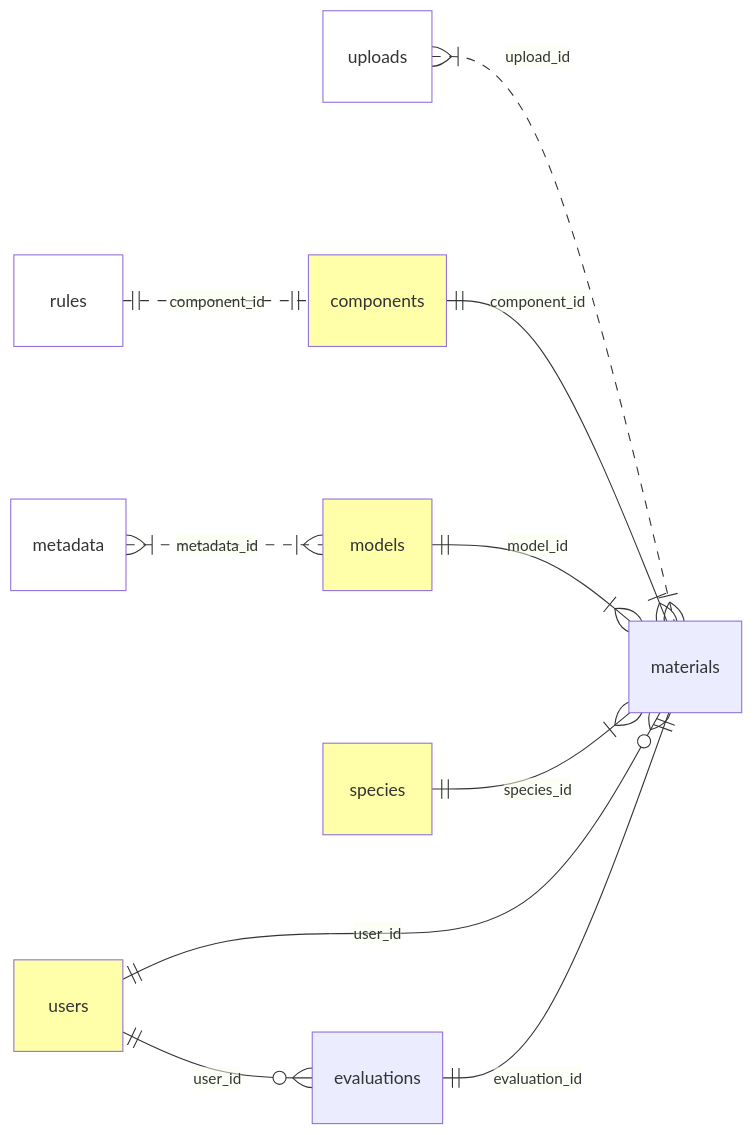
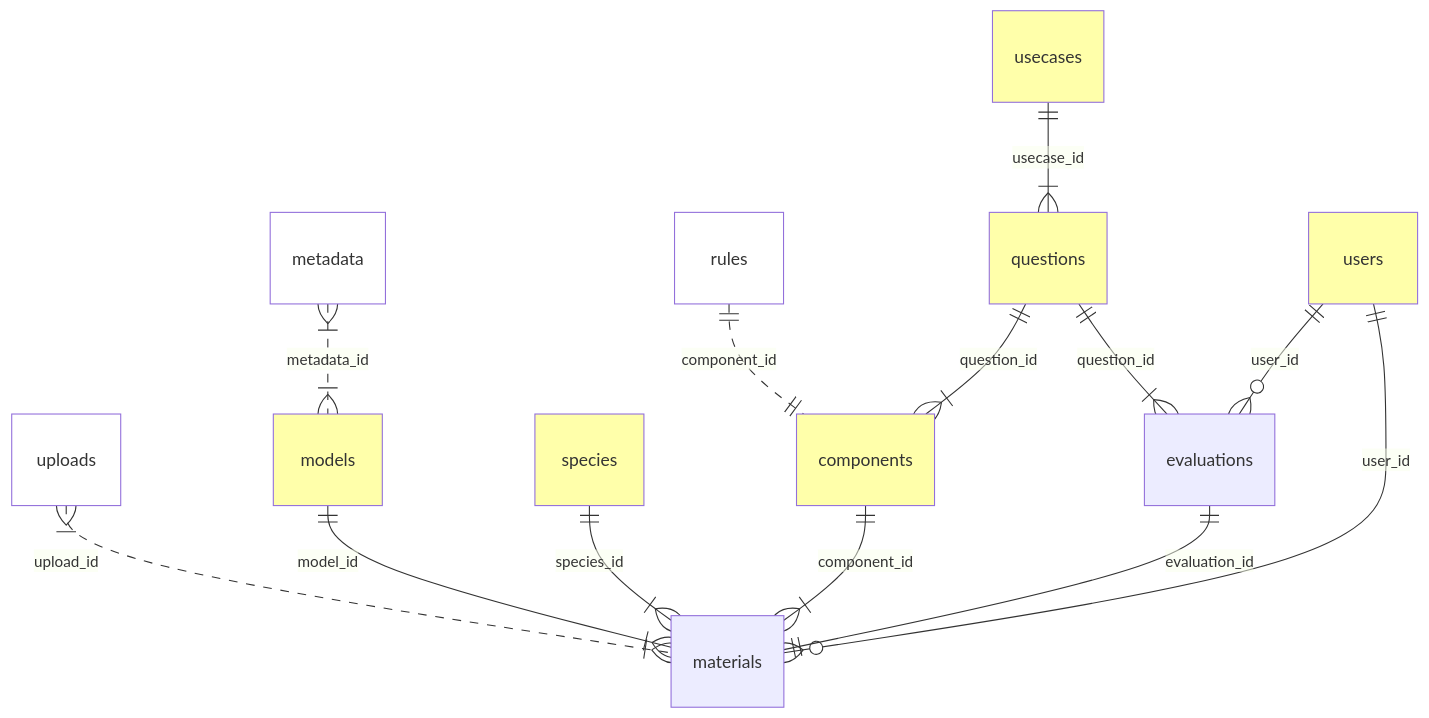
One commit to LandSciTech/sdmEvaluationTool changed the diagram in spec/README.Rmd. Above: the diagram before and after it, drawn with Mermaid. The commit also changed other lines of this file and 2 other files, not shown here.

Commit message:
Add questions

````diff
--- a/spec/README.Rmd
+++ b/spec/README.Rmd
@@ -63,22 +63,27 @@
 ```mermaid
 erDiagram
-    direction LR
     uploads }|..|{ materials : upload_id
     style uploads fill:#fff
-    rules ||..|| components : component_id
-    style rules fill:#fff
     metadata }|..|{ models : metadata_id
     style metadata fill:#fff
 
-    components ||--|{ materials : component_id
-    style components fill:#ffa
     models ||--|{ materials : model_id
     style models fill:#ffa
     species ||--|{ materials : species_id
     style species fill:#ffa
+
+    rules ||..|| components : component_id
+    style rules fill:#fff
+    components ||--|{ materials : component_id
+    usecases ||--|{ questions : usecase_id
+    style usecases fill:#ffa
+    style questions fill:#ffa
     users ||--o{ materials : user_id
     style users fill:#ffa
+    users ||--o{ evaluations : user_id
 
-    users ||--o{ evaluations : user_id
+    style components fill:#ffa
+    questions ||--|{ evaluations : question_id
+    questions ||--|{ components : question_id
     evaluations ||--|| materials : evaluation_id
 ```
````
